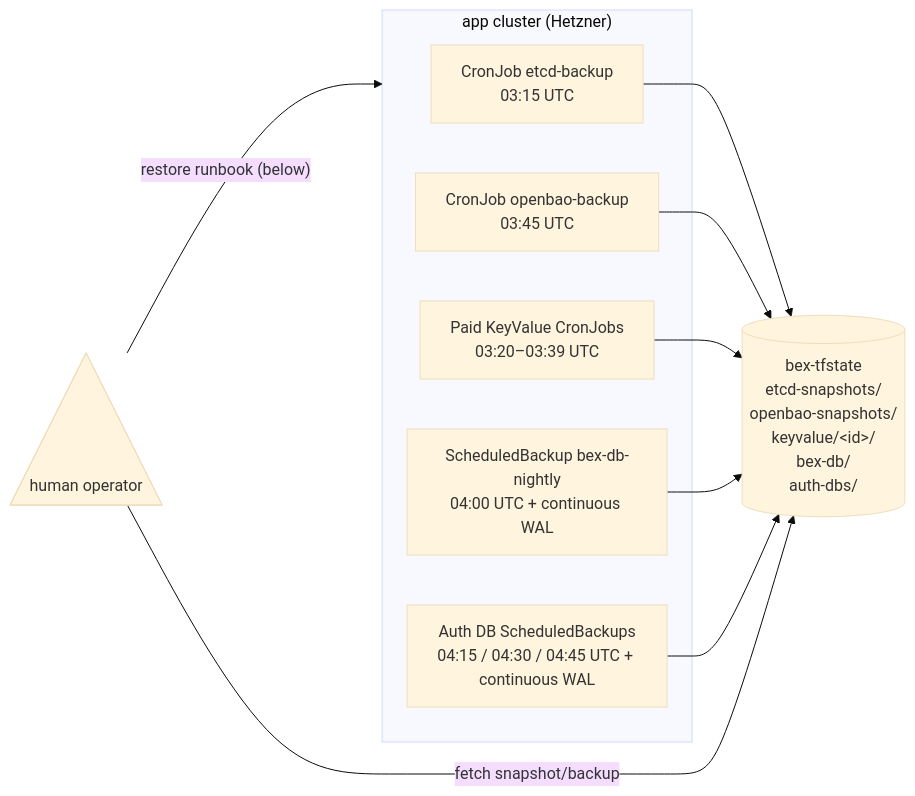
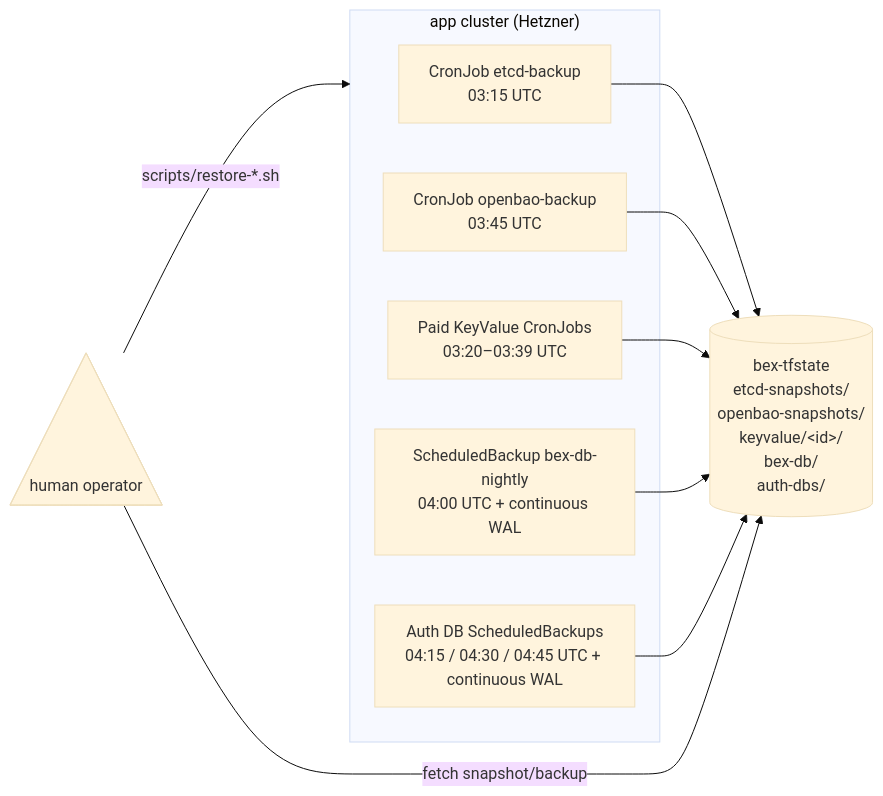
One commit to cuckoo-network/cuckoo changed the diagram in docs/ADR031-platform-data-backup.md. Above: the diagram before and after it, drawn with Mermaid (base theme). The commit also changed other lines of this file and 19 other files, not shown here.

````diff
--- a/docs/ADR031-platform-data-backup.md
+++ b/docs/ADR031-platform-data-backup.md
@@ -35,19 +36,19 @@
 ```mermaid
 graph LR
   subgraph cluster["app cluster (Hetzner)"]
     etcd-cron["CronJob etcd-backup<br/>03:15 UTC"]
     bao-cron["CronJob openbao-backup<br/>03:45 UTC"]
     kv-cron["Paid KeyValue CronJobs<br/>03:20–03:39 UTC"]
     cnpg-sched["ScheduledBackup bex-db-nightly<br/>04:00 UTC + continuous WAL"]
     auth-sched["Auth DB ScheduledBackups<br/>04:15 / 04:30 / 04:45 UTC + continuous WAL"]
   end
   bucket[("bex-tfstate<br/>etcd-snapshots/<br/>openbao-snapshots/<br/>keyvalue/&lt;id&gt;/<br/>bex-db/<br/>auth-dbs/")]
   etcd-cron --> bucket
   bao-cron --> bucket
   kv-cron --> bucket
   cnpg-sched --> bucket
   auth-sched --> bucket
   op@{ shape: tri, label: "human operator" }
-  op -->|"restore runbook (below)"| cluster
+  op -->|"scripts/restore-*.sh"| cluster
   op -->|"fetch snapshot/backup"| bucket
 ```
````
